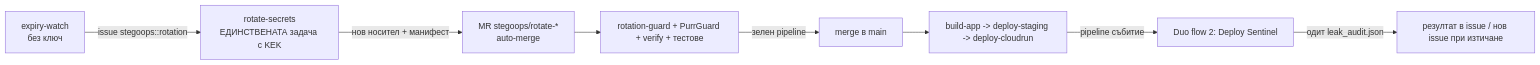
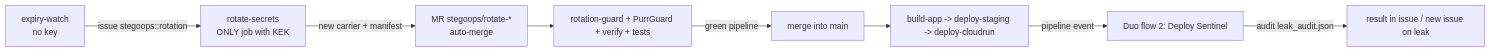
Before and after one commit to jacquelinegg/PurrGuard: the second of 2 diagrams in README.md, drawn with Mermaid. The commit also changed other lines of this file and 31 other files, not shown here.

````diff
--- a/README.md
+++ b/README.md
@@ -36,10 +36,10 @@
 ```mermaid
 flowchart LR
-  W[expiry-watch<br/>без ключ] -->|issue stegoops::rotation| R
-  R[rotate-secrets<br/>ЕДИНСТВЕНАТА задача с KEK] -->|нов носител + манифест| MR[MR stegoops/rotate-*<br/>auto-merge]
-  MR --> G[rotation-guard + PurrGuard + verify + тестове]
-  G -->|зелен pipeline| M[merge в main]
+  W[expiry-watch<br/>no key] -->|issue stegoops::rotation| R
+  R[rotate-secrets<br/>ONLY job with KEK] -->|new carrier + manifest| MR[MR stegoops/rotate-*<br/>auto-merge]
+  MR --> G[rotation-guard + PurrGuard + verify + tests]
+  G -->|green pipeline| M[merge into main]
   M --> B[build-app -> deploy-staging -> deploy-cloudrun]
-  B -->|pipeline събитие| S[Duo flow 2: Deploy Sentinel]
-  S -->|одит leak_audit.json| I[резултат в issue / нов issue при изтичане]
+  B -->|pipeline event| S[Duo flow 2: Deploy Sentinel]
+  S -->|audit leak_audit.json| I[result in issue / new issue on leak]
 ```
````
